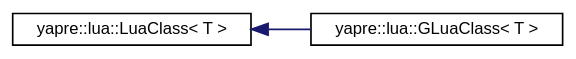
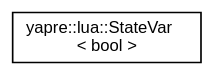
The diagram in docs/inherit_graph_10.dot (yapre-run/doc), drawn with Graphviz before and after one commit. The commit also changed 298 other files, not shown here.

```diff
--- a/docs/inherit_graph_10.dot
+++ b/docs/inherit_graph_10.dot
@@ -1,11 +1,9 @@
 digraph "Graphical Class Hierarchy"
 {
  // LATEX_PDF_SIZE
   bgcolor="transparent";
   edge [fontname="Helvetica",fontsize="10",labelfontname="Helvetica",labelfontsize="10"];
   node [fontname="Helvetica",fontsize="10",shape=record];
   rankdir="LR";
-  Node0 [label="yapre::lua::LuaClass\< T \>",height=0.2,width=0.4,color="black",URL="$structyapre_1_1lua_1_1_lua_class.html",tooltip=" "];
-  Node0 -> Node1 [dir="back",color="midnightblue",fontsize="10",style="solid",fontname="Helvetica"];
-  Node1 [label="yapre::lua::GLuaClass\< T \>",height=0.2,width=0.4,color="black",URL="$structyapre_1_1lua_1_1_g_lua_class.html",tooltip=" "];
+  Node0 [label="yapre::lua::StateVar\l\< bool \>",height=0.2,width=0.4,color="black",URL="$structyapre_1_1lua_1_1_state_var_3_01bool_01_4.html",tooltip=" "];
 }
```
